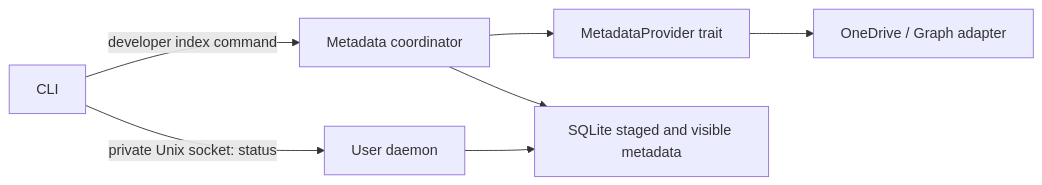
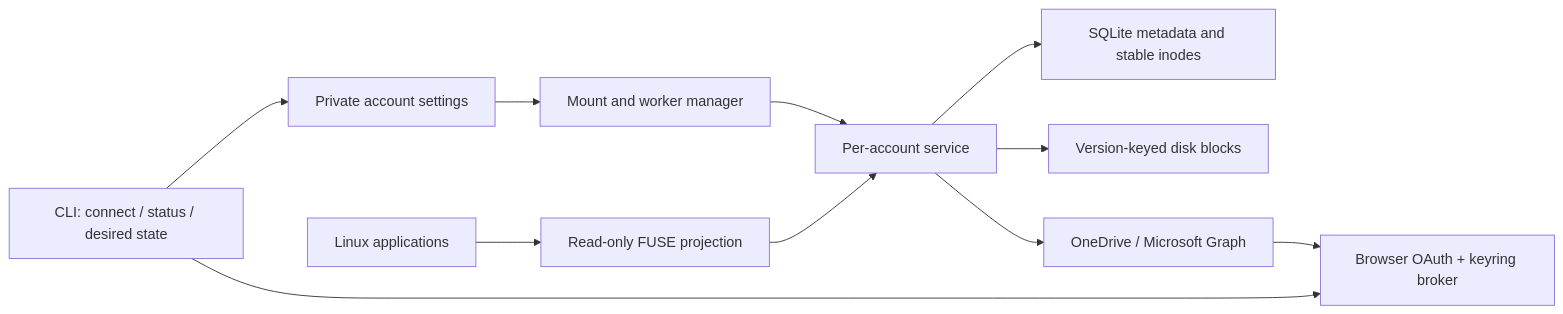
One commit to Dandiccf/cirrove changed the diagram in docs/architecture.md. Above: the diagram before and after it, drawn with Mermaid. The commit also changed other lines of this file and 30 other files, not shown here.

Commit message:
Implement read-only OneDrive account service and FUSE preview

````diff
--- a/docs/architecture.md
+++ b/docs/architecture.md
@@ -17,9 +15,13 @@
 ```mermaid
 flowchart LR
-    CLI[CLI] -->|private Unix socket: status| Daemon[User daemon]
-    CLI -->|developer index command| Refresh[Metadata coordinator]
-    Refresh --> Contract[MetadataProvider trait]
-    Contract --> Graph[OneDrive / Graph adapter]
-    Refresh --> Store[SQLite staged and visible metadata]
-    Daemon --> Store
+    CLI[CLI: connect / status / desired state] --> Settings[Private account settings]
+    CLI --> Auth[Browser OAuth + keyring broker]
+    Apps[Linux applications] --> FUSE[Read-only FUSE projection]
+    FUSE --> Engine[Per-account service]
+    Engine --> Store[SQLite metadata and stable inodes]
+    Engine --> Cache[Version-keyed disk blocks]
+    Engine --> Graph[OneDrive / Microsoft Graph]
+    Graph --> Auth
+    Settings --> Manager[Mount and worker manager]
+    Manager --> Engine
 ```
````
